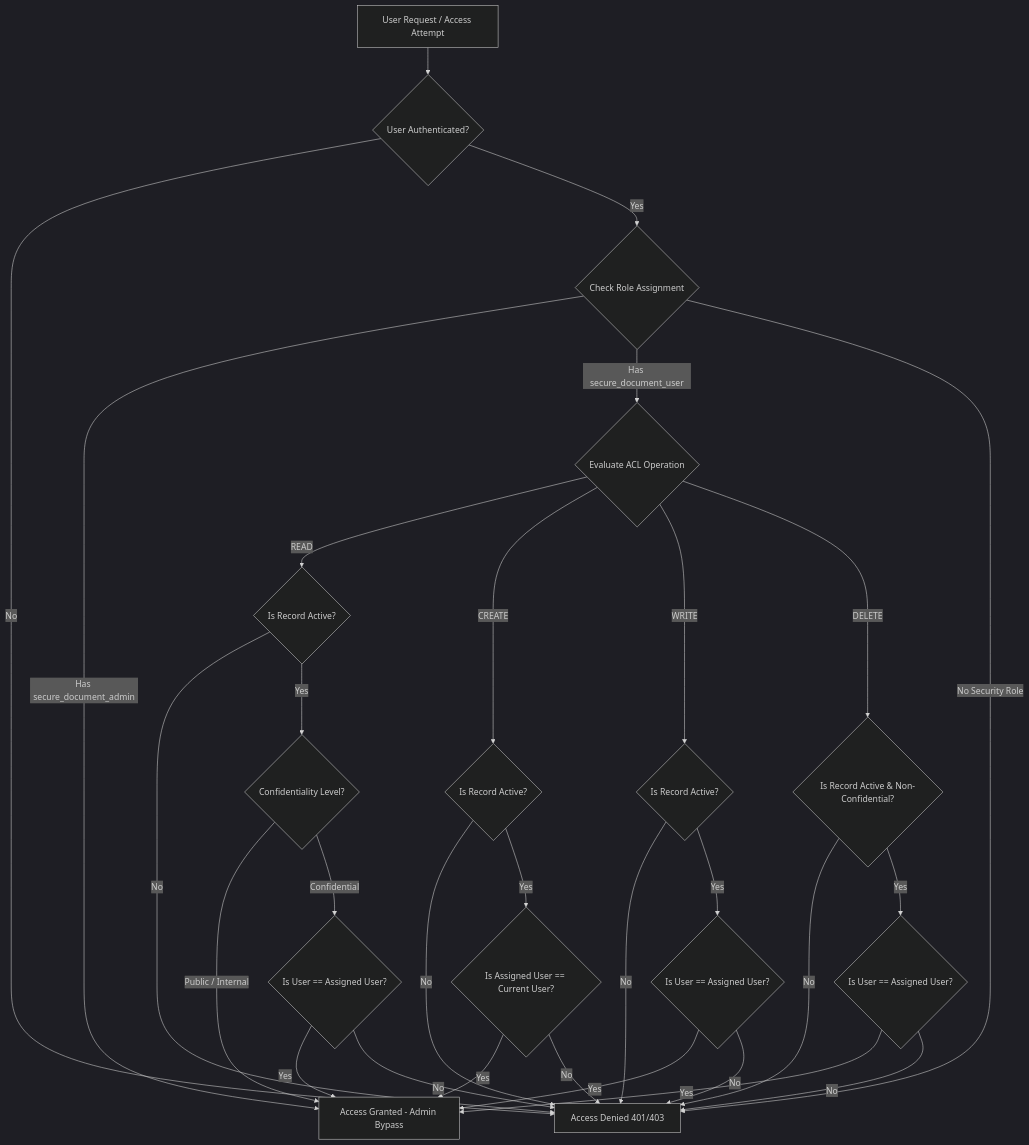
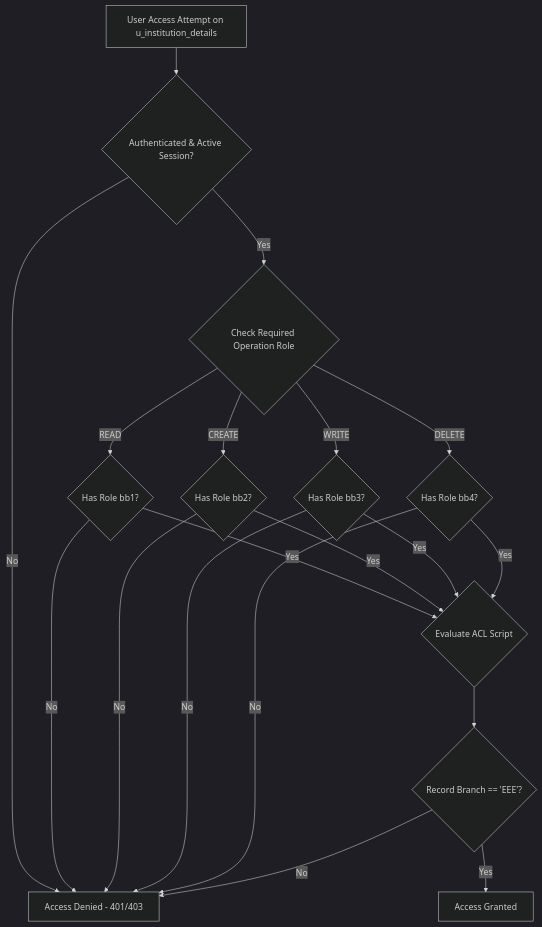
One commit to sanjeevan43/script-controlled-acl-project changed the diagram in Documentation/Architecture.md. Above: the diagram before and after it, drawn with Mermaid (dark theme). The commit also changed other lines of this file and 13 other files, not shown here.

Commit message:
feat: complete Script-Controlled ACL project codebase, documentation, scripts, and update set XML

````diff
--- a/Documentation/Architecture.md
+++ b/Documentation/Architecture.md
@@ -8,35 +8,26 @@
 ```mermaid
 graph TD
-    A[User Request / Access Attempt] --> B{User Authenticated?}
-    B -- No --> C[Access Denied 401/403]
-    B -- Yes --> D{Check Role Assignment}
-    D -- Has secure_document_admin --> E[Access Granted - Admin Bypass]
-    D -- Has secure_document_user --> F{Evaluate ACL Operation}
-    D -- No Security Role --> C
+    A[User Access Attempt on u_institution_details] --> B{Authenticated & Active Session?}
+    B -- No --> C[Access Denied - 401/403]
+    B -- Yes --> D{Check Required Operation Role}
+    
+    D -- READ --> E{Has Role bb1?}
+    E -- No --> C
+    E -- Yes --> I{Evaluate ACL Script}
+    
+    D -- CREATE --> F{Has Role bb2?}
+    F -- No --> C
+    F -- Yes --> I
+    
+    D -- WRITE --> G{Has Role bb3?}
+    G -- No --> C
+    G -- Yes --> I
+    
+    D -- DELETE --> H{Has Role bb4?}
+    H -- No --> C
+    H -- Yes --> I
 
-    F -- READ --> G{Is Record Active?}
-    G -- No --> C
-    G -- Yes --> H{Confidentiality Level?}
-    H -- Public / Internal --> E
-    H -- Confidential --> I{Is User == Assigned User?}
-    I -- Yes --> E
-    I -- No --> C
-
-    F -- CREATE --> J{Is Record Active?}
+    I --> J{Record Branch == 'EEE'?}
+    J -- Yes --> K[Access Granted]
     J -- No --> C
-    J -- Yes --> K{Is Assigned User == Current User?}
-    K -- Yes --> E
-    K -- No --> C
-
-    F -- WRITE --> L{Is Record Active?}
-    L -- No --> C
-    L -- Yes --> M{Is User == Assigned User?}
-    M -- Yes --> E
-    M -- No --> C
-
-    F -- DELETE --> N{Is Record Active & Non-Confidential?}
-    N -- No --> C
-    N -- Yes --> O{Is User == Assigned User?}
-    O -- Yes --> E
-    O -- No --> C
 ```
````
